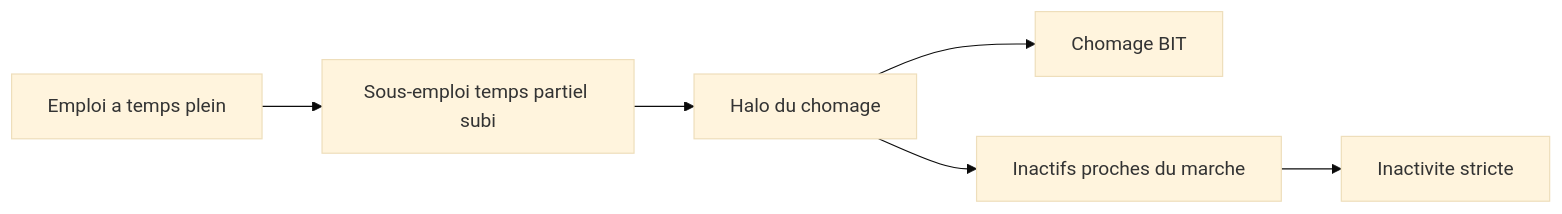
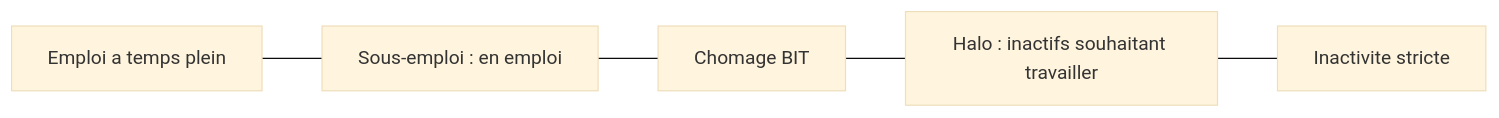
One commit to PierreBeaucoral/macro1-aes changed the fifth of 5 diagrams in slides/cm03.qmd. Above: the diagram before and after it, drawn with Mermaid (base theme). The commit also changed other lines of this file and 48 other files, not shown here.

````diff
--- a/slides/cm03.qmd
+++ b/slides/cm03.qmd
@@ -623,9 +630,8 @@
 ```{mermaid}
-%%| fig-cap: "Le halo du chômage occupe l'espace flou entre emploi, chômage au sens du BIT et inactivité stricte."
+%%| fig-cap: "Le sous-emploi se situe du côté de l'emploi ; le halo, du côté de l'inactivité, entre chômage BIT et inactivité stricte."
 flowchart LR
-    E[Emploi a temps plein] --> SE[Sous-emploi temps partiel subi]
-    SE --> H[Halo du chomage]
-    H --> CB[Chomage BIT]
-    H --> IN[Inactifs proches du marche]
-    IN --> I[Inactivite stricte]
+    E[Emploi a temps plein] --- SE[Sous-emploi : en emploi]
+    SE --- CB[Chomage BIT]
+    CB --- H[Halo : inactifs souhaitant travailler]
+    H --- I[Inactivite stricte]
 ```
````
